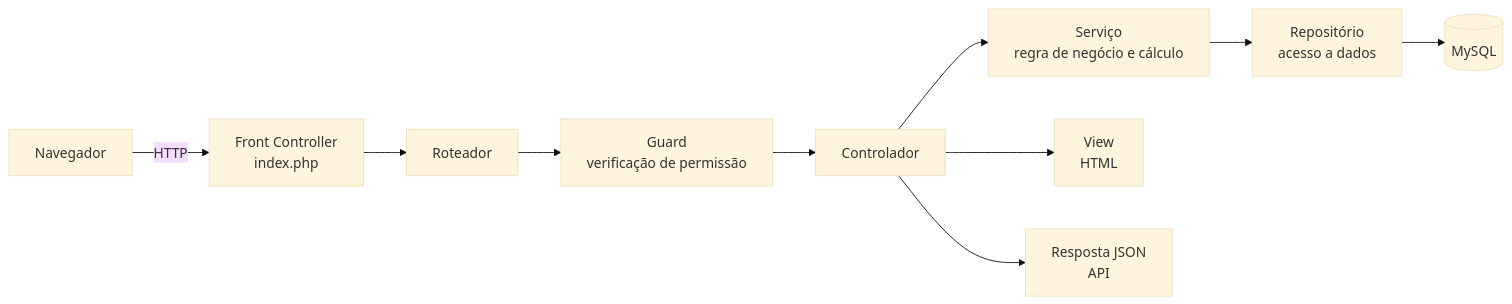
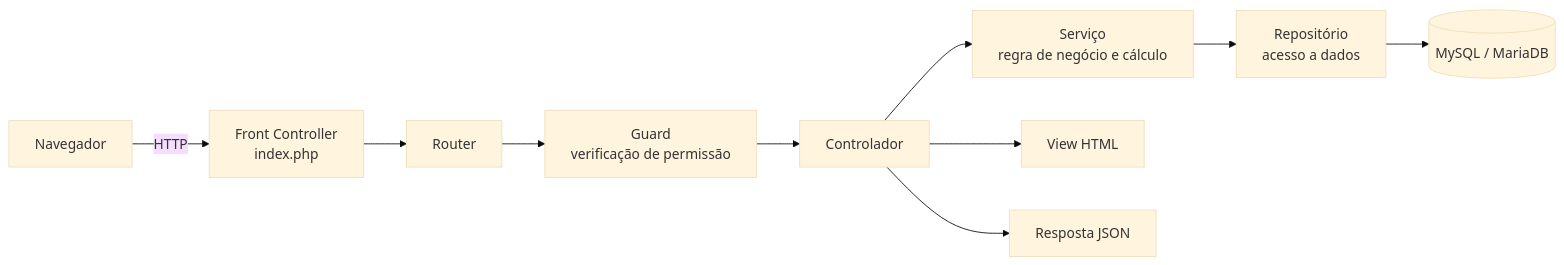
Before and after one commit to silvaGabee/plataform_stores: the diagram in DOCUMENTACAO.md, drawn with Mermaid (base theme). The commit also changed other lines of this file, not shown here.

````diff
--- a/DOCUMENTACAO.md
+++ b/DOCUMENTACAO.md
@@ -692,12 +260,12 @@
 ```mermaid
 flowchart LR
     A[Navegador] -->|HTTP| B[Front Controller<br/>index.php]
-    B --> C[Roteador]
+    B --> C[Router]
     C --> D[Guard<br/>verificação de permissão]
     D --> E[Controlador]
     E --> F[Serviço<br/>regra de negócio e cálculo]
     F --> G[Repositório<br/>acesso a dados]
-    G --> H[(MySQL)]
-    E --> I[View<br/>HTML]
-    E --> J[Resposta JSON<br/>API]
+    G --> H[(MySQL / MariaDB)]
+    E --> I[View HTML]
+    E --> J[Resposta JSON]
 ```
````
